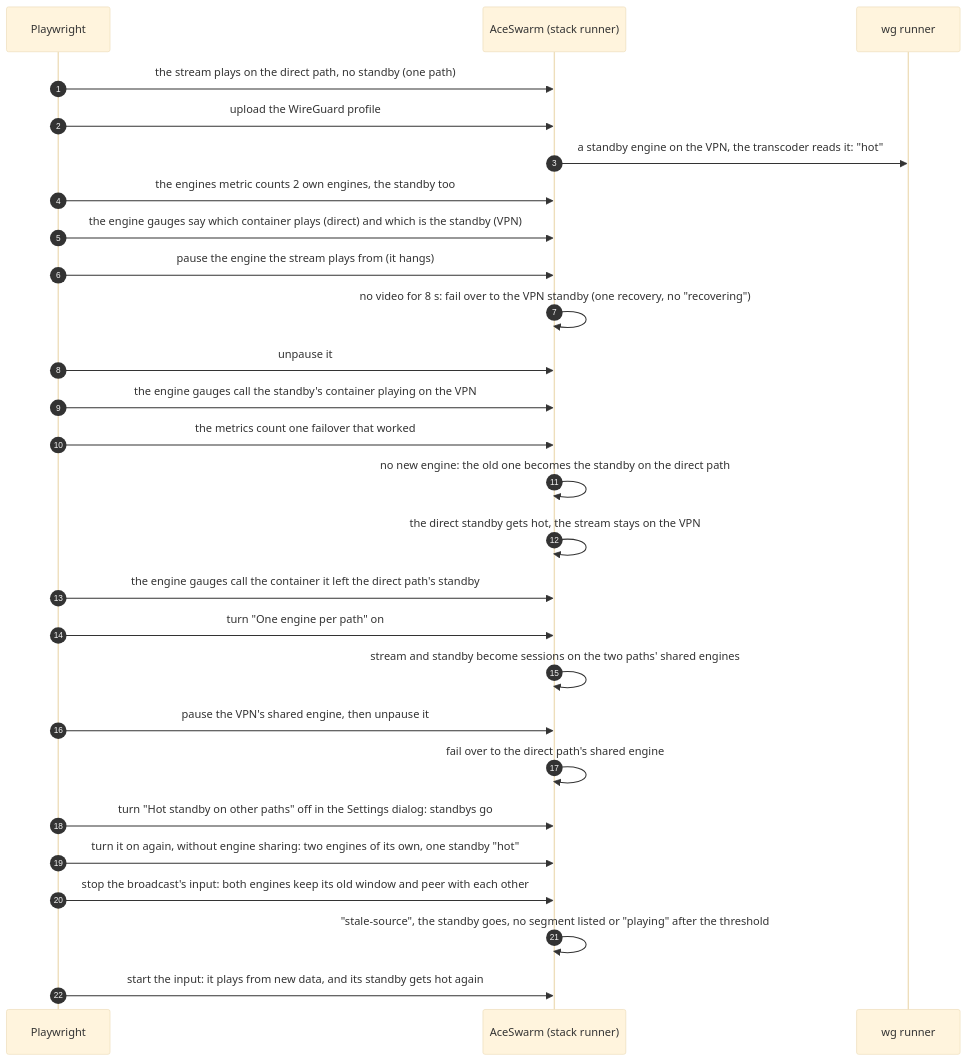
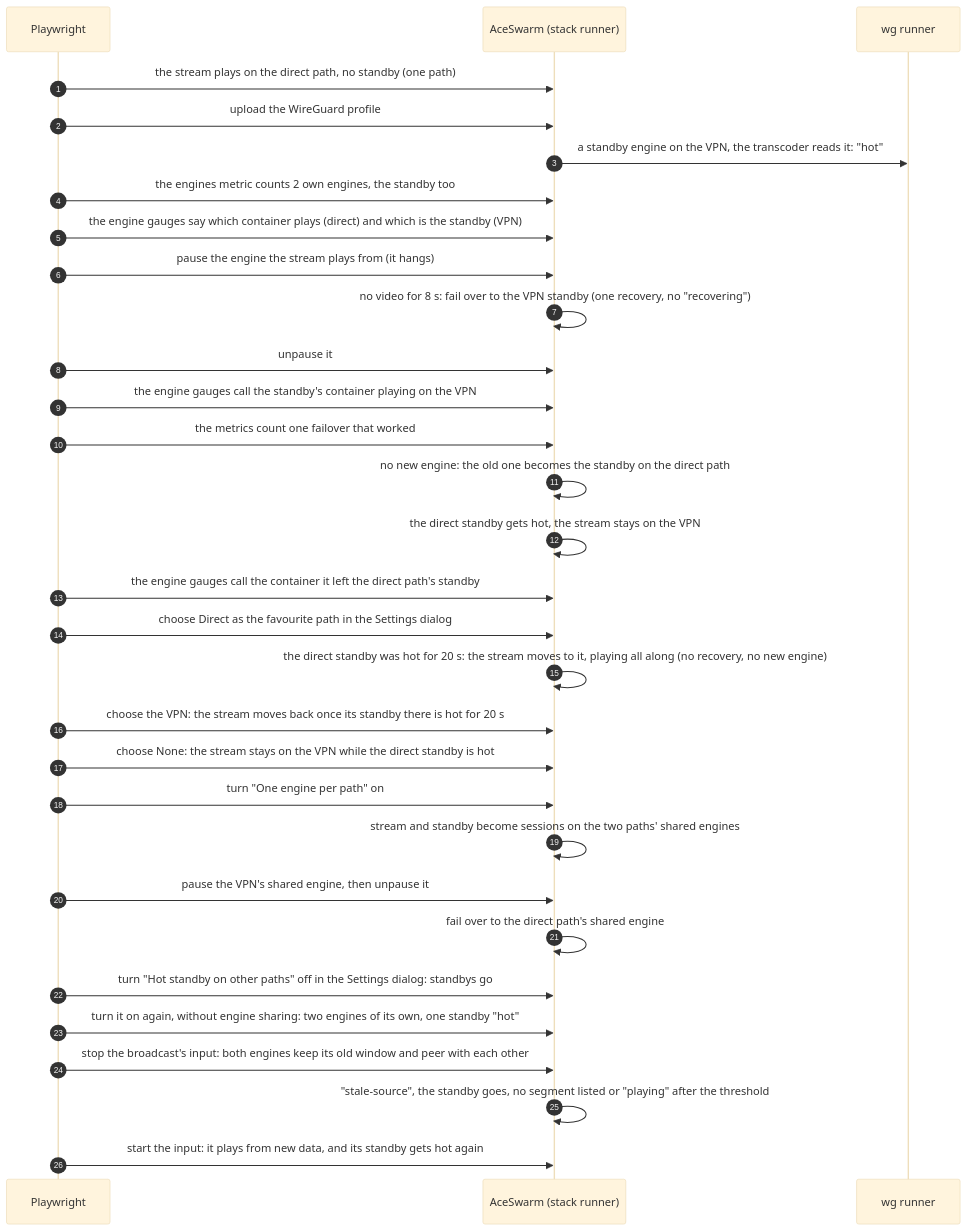
Before and after one commit to sergimn/AceSwarm: diagram 14 of 15 in e2e/README.md, drawn with Mermaid (base theme). The commit also changed other lines of this file and 38 other files, not shown here.

First line of the commit message:
Add a favourite path that streams move to once they are stable on it (#90)

````diff
--- a/e2e/README.md
+++ b/e2e/README.md
@@ -388,29 +388,33 @@
 ```mermaid
 sequenceDiagram
   autonumber
   participant T as Playwright
   participant AS as AceSwarm (stack runner)
   participant WG as wg runner
   T->>AS: the stream plays on the direct path, no standby (one path)
   T->>AS: upload the WireGuard profile
   AS->>WG: a standby engine on the VPN, the transcoder reads it: "hot"
   T->>AS: the engines metric counts 2 own engines, the standby too
   T->>AS: the engine gauges say which container plays (direct) and which is the standby (VPN)
   T->>AS: pause the engine the stream plays from (it hangs)
   AS->>AS: no video for 8 s: fail over to the VPN standby (one recovery, no "recovering")
   T->>AS: unpause it
   T->>AS: the engine gauges call the standby's container playing on the VPN
   T->>AS: the metrics count one failover that worked
   AS->>AS: no new engine: the old one becomes the standby on the direct path
   AS->>AS: the direct standby gets hot, the stream stays on the VPN
   T->>AS: the engine gauges call the container it left the direct path's standby
+  T->>AS: choose Direct as the favourite path in the Settings dialog
+  AS->>AS: the direct standby was hot for 20 s: the stream moves to it, playing all along (no recovery, no new engine)
+  T->>AS: choose the VPN: the stream moves back once its standby there is hot for 20 s
+  T->>AS: choose None: the stream stays on the VPN while the direct standby is hot
   T->>AS: turn "One engine per path" on
   AS->>AS: stream and standby become sessions on the two paths' shared engines
   T->>AS: pause the VPN's shared engine, then unpause it
   AS->>AS: fail over to the direct path's shared engine
   T->>AS: turn "Hot standby on other paths" off in the Settings dialog: standbys go
   T->>AS: turn it on again, without engine sharing: two engines of its own, one standby "hot"
   T->>AS: stop the broadcast's input: both engines keep its old window and peer with each other
   AS->>AS: "stale-source", the standby goes, no segment listed or "playing" after the threshold
   T->>AS: start the input: it plays from new data, and its standby gets hot again
 ```
````
